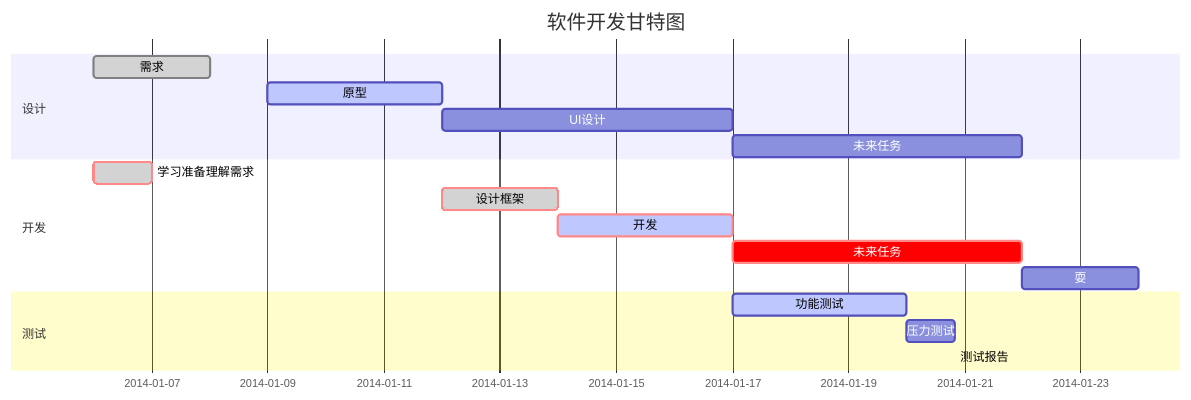
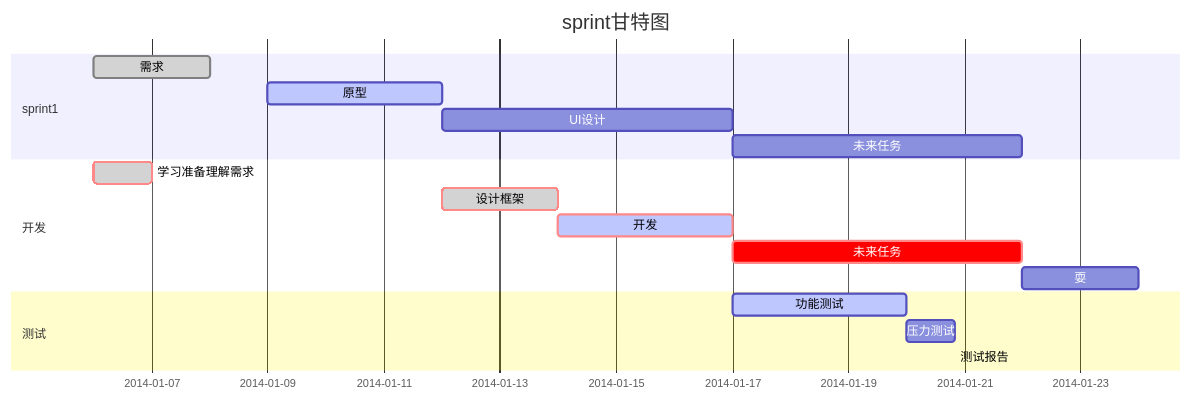
Before and after one commit to medic0803/Ginkgo-RnD-Project-Floodlight: the diagram in wiki/web_page(dev)/Sprint 任务规划.md, drawn with Mermaid. The commit also changed other lines of this file and 3 other files, not shown here.

````diff
--- a/wiki/web_page(dev)/Sprint 任务规划.md
+++ b/wiki/web_page(dev)/Sprint 任务规划.md
@@ -5,20 +5,20 @@
 ```mermaid
 gantt
 dateFormat  YYYY-MM-DD
-title 软件开发甘特图
-    section 设计
+title sprint甘特图
+section sprint1
     需求                      :done,    des1, 2014-01-06,2014-01-08
     原型                      :active,  des2, 2014-01-09, 3d
     UI设计                     :         des3, after des2, 5d
     未来任务                     :         des4, after des3, 5d
 section 开发
     学习准备理解需求                      :crit, done, 2014-01-06,24h
     设计框架                             :crit, done, after des2, 2d
     开发                                 :crit, active, 3d
     未来任务                              :crit, 5d
     耍                                   :2d
 section 测试
     功能测试                              :active, a1, after des3, 3d
     压力测试                               :after a1  , 20h
     测试报告                               : 48
 ```
````
